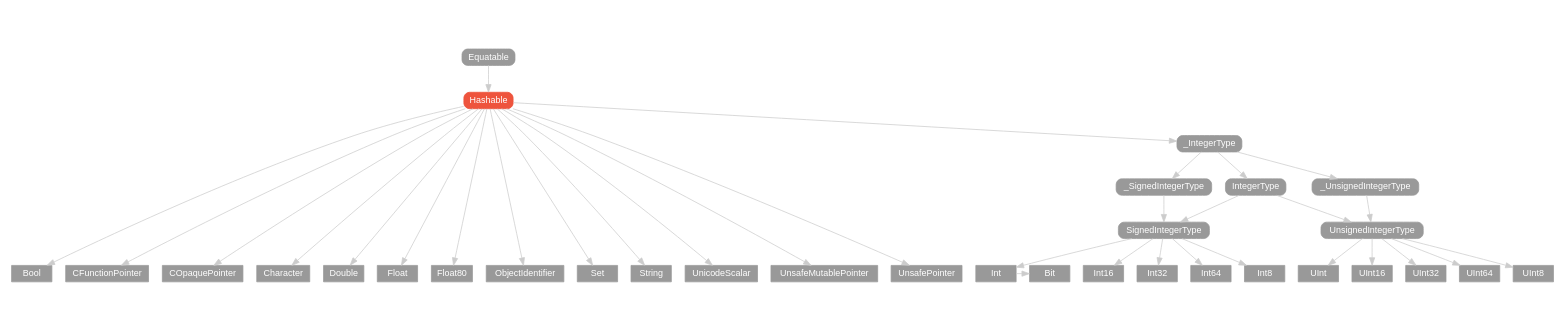
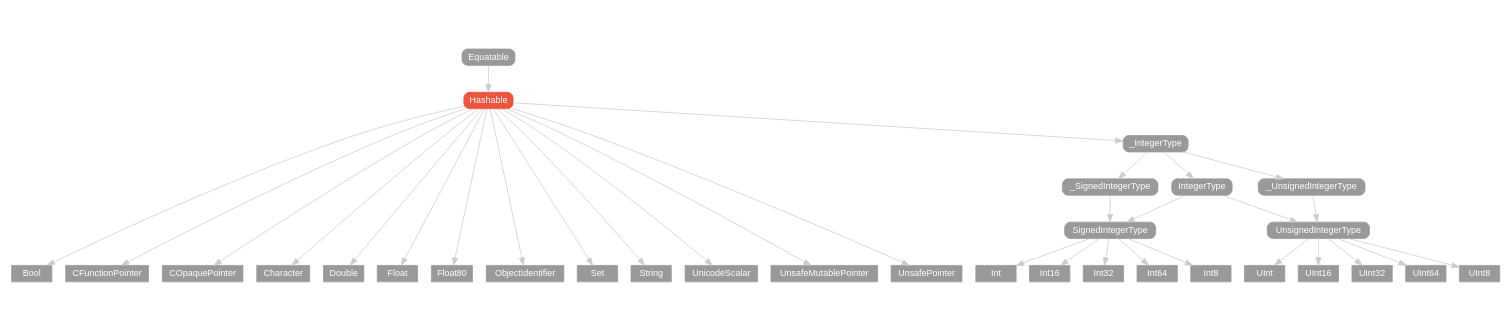
The diagram in v1.2/protocol/Hashable/hierarchy/index.dot (SwiftDoc/SwiftDoc.github.io), drawn with Graphviz before and after one commit. The commit also changed 682 other files, not shown here.

```diff
--- a/v1.2/protocol/Hashable/hierarchy/index.dot
+++ b/v1.2/protocol/Hashable/hierarchy/index.dot
@@ -1,83 +1,80 @@
 strict digraph "Hashable - Type Hierarchy - SwiftDoc.org" {
     pad="0.1,0.8"
     node [shape=box, style="filled,rounded", color="#999999", fillcolor="#999999", fontcolor=white, fontname=Helvetica, fontnames="Helvetica,sansserif", fontsize=12, margin="0.07,0.05", height="0.3"]
     edge [color="#cccccc"]
-    "Bit" [URL="/type/Bit/hierarchy/", style=filled]
     "Bool" [URL="/type/Bool/hierarchy/", style=filled]
     "CFunctionPointer" [URL="/type/CFunctionPointer/hierarchy/", style=filled]
     "COpaquePointer" [URL="/type/COpaquePointer/hierarchy/", style=filled]
     "Character" [URL="/type/Character/hierarchy/", style=filled]
     "Double" [URL="/type/Double/hierarchy/", style=filled]
     "Equatable" [URL="/protocol/Equatable/hierarchy/"]
     "Float" [URL="/type/Float/hierarchy/", style=filled]
     "Float80" [URL="/type/Float80/hierarchy/", style=filled]
     "Hashable" [URL="/protocol/Hashable/", style="filled,rounded", fillcolor="#ee543d", color="#ee543d"]
     "Int" [URL="/type/Int/hierarchy/", style=filled]
     "Int16" [URL="/type/Int16/hierarchy/", style=filled]
     "Int32" [URL="/type/Int32/hierarchy/", style=filled]
     "Int64" [URL="/type/Int64/hierarchy/", style=filled]
     "Int8" [URL="/type/Int8/hierarchy/", style=filled]
     "IntegerType" [URL="/protocol/IntegerType/hierarchy/"]
     "ObjectIdentifier" [URL="/type/ObjectIdentifier/hierarchy/", style=filled]
     "Set" [URL="/type/Set/hierarchy/", style=filled]
     "SignedIntegerType" [URL="/protocol/SignedIntegerType/hierarchy/"]
     "String" [URL="/type/String/hierarchy/", style=filled]
     "UInt" [URL="/type/UInt/hierarchy/", style=filled]
     "UInt16" [URL="/type/UInt16/hierarchy/", style=filled]
     "UInt32" [URL="/type/UInt32/hierarchy/", style=filled]
     "UInt64" [URL="/type/UInt64/hierarchy/", style=filled]
     "UInt8" [URL="/type/UInt8/hierarchy/", style=filled]
     "UnicodeScalar" [URL="/type/UnicodeScalar/hierarchy/", style=filled]
     "UnsafeMutablePointer" [URL="/type/UnsafeMutablePointer/hierarchy/", style=filled]
     "UnsafePointer" [URL="/type/UnsafePointer/hierarchy/", style=filled]
     "UnsignedIntegerType" [URL="/protocol/UnsignedIntegerType/hierarchy/"]
     "_IntegerType" [URL="/protocol/_IntegerType/hierarchy/"]
     "_SignedIntegerType" [URL="/protocol/_SignedIntegerType/hierarchy/"]
     "_UnsignedIntegerType" [URL="/protocol/_UnsignedIntegerType/hierarchy/"]    "Hashable" -> "Bool"
     "Hashable" -> "CFunctionPointer"
     "Hashable" -> "COpaquePointer"
     "Hashable" -> "Character"
     "Hashable" -> "Double"
     "Hashable" -> "Float"
     "Hashable" -> "Float80"
     "Hashable" -> "ObjectIdentifier"
     "Hashable" -> "Set"
     "Hashable" -> "String"
     "Hashable" -> "UnicodeScalar"
     "Hashable" -> "UnsafeMutablePointer"
     "Hashable" -> "UnsafePointer"
     "Hashable" -> "_IntegerType"
     "_IntegerType" -> "IntegerType"
     "_IntegerType" -> "_SignedIntegerType"
     "_IntegerType" -> "_UnsignedIntegerType"
     "IntegerType" -> "SignedIntegerType"
     "IntegerType" -> "UnsignedIntegerType"
     "SignedIntegerType" -> "Int"
     "SignedIntegerType" -> "Int16"
     "SignedIntegerType" -> "Int32"
     "SignedIntegerType" -> "Int64"
     "SignedIntegerType" -> "Int8"
-    "Int" -> "Bit"
     "UnsignedIntegerType" -> "UInt"
     "UnsignedIntegerType" -> "UInt16"
     "UnsignedIntegerType" -> "UInt32"
     "UnsignedIntegerType" -> "UInt64"
     "UnsignedIntegerType" -> "UInt8"
     "_SignedIntegerType" -> "SignedIntegerType"
     "SignedIntegerType" -> "Int"
     "SignedIntegerType" -> "Int16"
     "SignedIntegerType" -> "Int32"
     "SignedIntegerType" -> "Int64"
     "SignedIntegerType" -> "Int8"
-    "Int" -> "Bit"
     "_UnsignedIntegerType" -> "UnsignedIntegerType"
     "UnsignedIntegerType" -> "UInt"
     "UnsignedIntegerType" -> "UInt16"
     "UnsignedIntegerType" -> "UInt32"
     "UnsignedIntegerType" -> "UInt64"
     "UnsignedIntegerType" -> "UInt8"
     "Equatable" -> "Hashable"
     subgraph Types {
-        rank = max; "Bool"; "CFunctionPointer"; "COpaquePointer"; "Character"; "Double"; "Float"; "Float80"; "ObjectIdentifier"; "Set"; "String"; "UnicodeScalar"; "UnsafeMutablePointer"; "UnsafePointer"; "Int"; "Int16"; "Int32"; "Int64"; "Int8"; "Bit"; "UInt"; "UInt16"; "UInt32"; "UInt64"; "UInt8";
+        rank = max; "Bool"; "CFunctionPointer"; "COpaquePointer"; "Character"; "Double"; "Float"; "Float80"; "ObjectIdentifier"; "Set"; "String"; "UnicodeScalar"; "UnsafeMutablePointer"; "UnsafePointer"; "Int"; "Int16"; "Int32"; "Int64"; "Int8"; "UInt"; "UInt16"; "UInt32"; "UInt64"; "UInt8";
     }
 }
```
